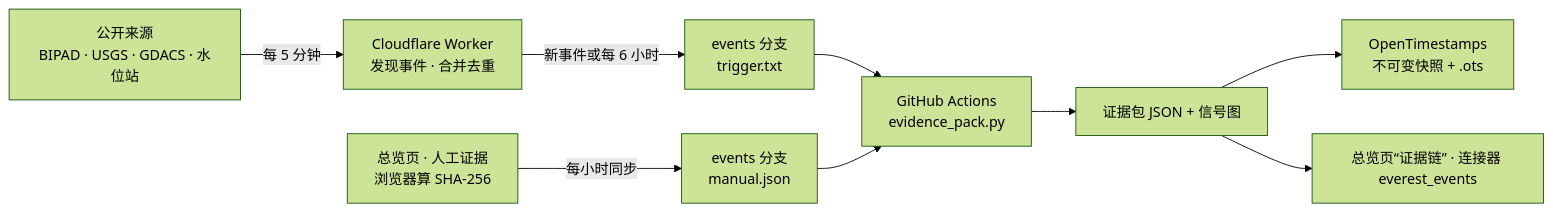
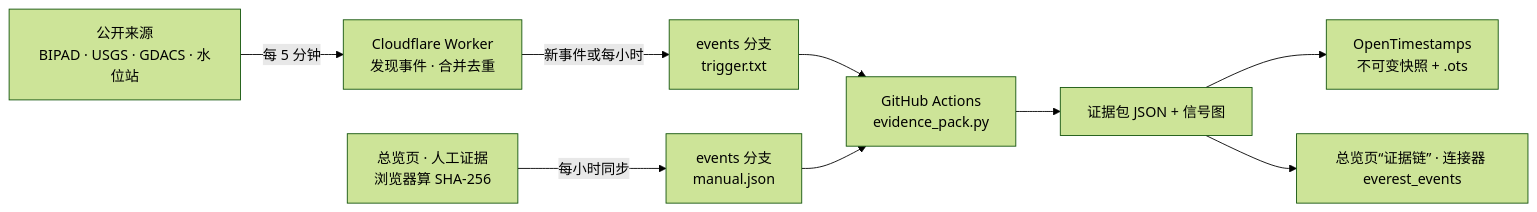
One commit to Yizebaba/EVEREST- changed the diagram in README.md. Above: the diagram before and after it, drawn with Mermaid (forest theme). The commit also changed 2 other files, not shown here.

Commit message:
证据包每小时更新：Worker 每小时触发、50 分钟新鲜度
Claude-Session: https://claude.ai/code/session_019NEUYK2hE5Ti3ADLdFDrma

````diff
--- a/README.md
+++ b/README.md
@@ -41,11 +41,11 @@
 ```mermaid
 flowchart LR
   A[公开来源<br>BIPAD · USGS · GDACS · 水位站] -->|每 5 分钟| W[Cloudflare Worker<br>发现事件 · 合并去重]
-  W -->|新事件或每 6 小时| T[events 分支<br>trigger.txt]
+  W -->|新事件或每小时| T[events 分支<br>trigger.txt]
   H[总览页 · 人工证据<br>浏览器算 SHA-256] -->|每小时同步| M[events 分支<br>manual.json]
   T --> G[GitHub Actions<br>evidence_pack.py]
   M --> G
   G --> P[证据包 JSON + 信号图]
   P --> O[OpenTimestamps<br>不可变快照 + .ots]
   P --> V[总览页“证据链” · 连接器 everest_events]
 ```
````
